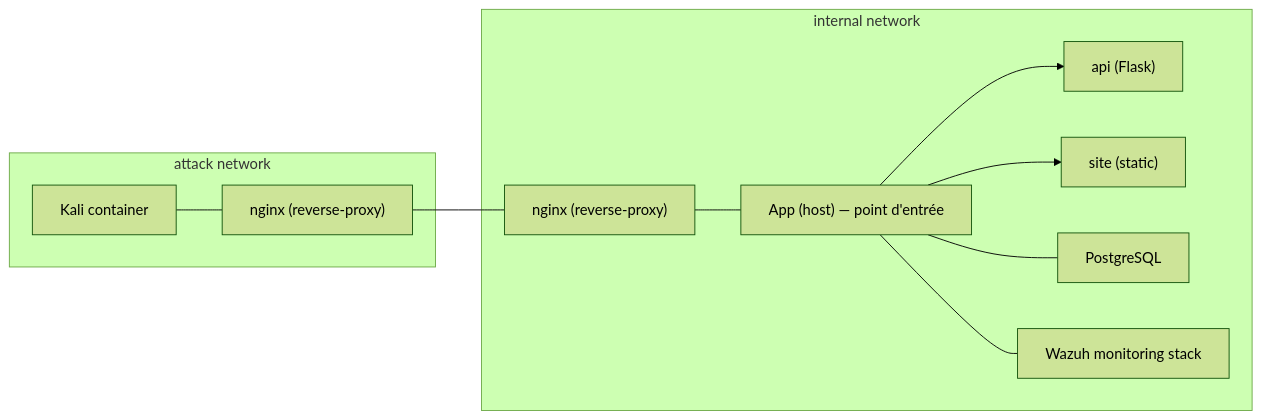
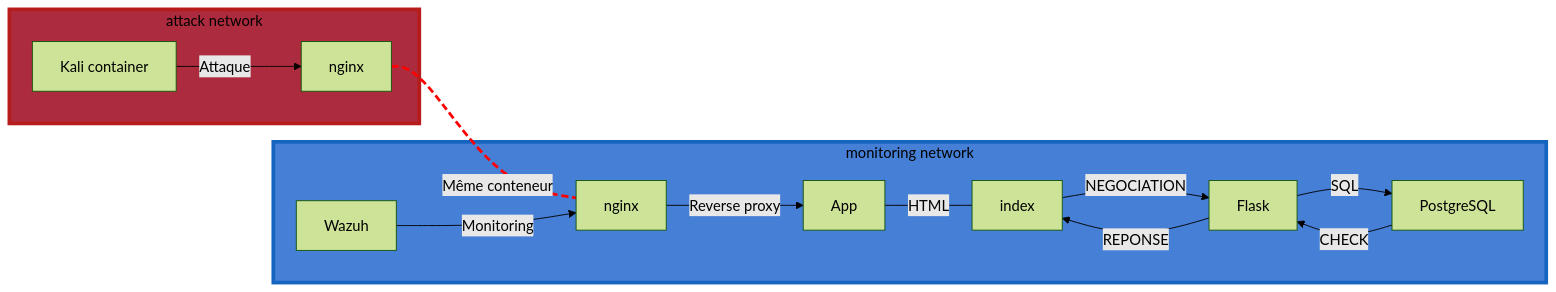
One commit to CubicPotato/Cyberlab changed the diagram in README.md. Above: the diagram before and after it, drawn with Mermaid (forest theme).

Commit message:
Revise architecture diagram in README.md
Updated architecture diagram in Mermaid syntax for clarity and accuracy.

````diff
--- a/README.md
+++ b/README.md
@@ -32,25 +32,32 @@
 ```mermaid
- graph LR
-    subgraph attack [attack network]
+graph LR
+
+    subgraph attack["attack network"]
         KALI[Kali container]
-        NGNX["nginx (reverse-proxy)"]
-        KALI --- NGNX
+        NGNX["nginx"]
     end
 
-    subgraph internal [internal network]
-        NGNX2["nginx (reverse-proxy)"]
-        APP["App (host) — point d'entrée"]
-        API["api (Flask)"]
-        SITE["site (static)"]
-        DB[PostgreSQL]
-        MON[Wazuh monitoring stack]
-
-        NGNX2 --- APP
-        APP --> API
-        APP --> SITE
-        APP --- DB
-        APP --- MON
+    subgraph internal["monitoring network"]
+        NGNX2["nginx"]
+        APP["App"]
+        site["index"]
+        API["Flask"]
+        DB["PostgreSQL"]
+        MON["Wazuh"]
     end
 
-    NGNX --- NGNX2
+    KALI -->|Attaque| NGNX
+    NGNX -. Même conteneur .- NGNX2
+    NGNX2 -->|Reverse proxy| APP
+    APP ---| HTML | site
+    site --> | NEGOCIATION | API
+    API --> | REPONSE | site
+    API -->|SQL| DB
+    DB --> |CHECK| API
+
+    MON -->|Monitoring| NGNX2
+
+    style internal fill:#457FD6,stroke:#1565c0,stroke-width:4px,color:#000
+    style attack fill:#AD2B3E,stroke:#b71c1c,stroke-width:4px,color:#000
+    linkStyle 1 stroke:red,stroke-width:3px,stroke-dasharray: 8 4
 ```
````
